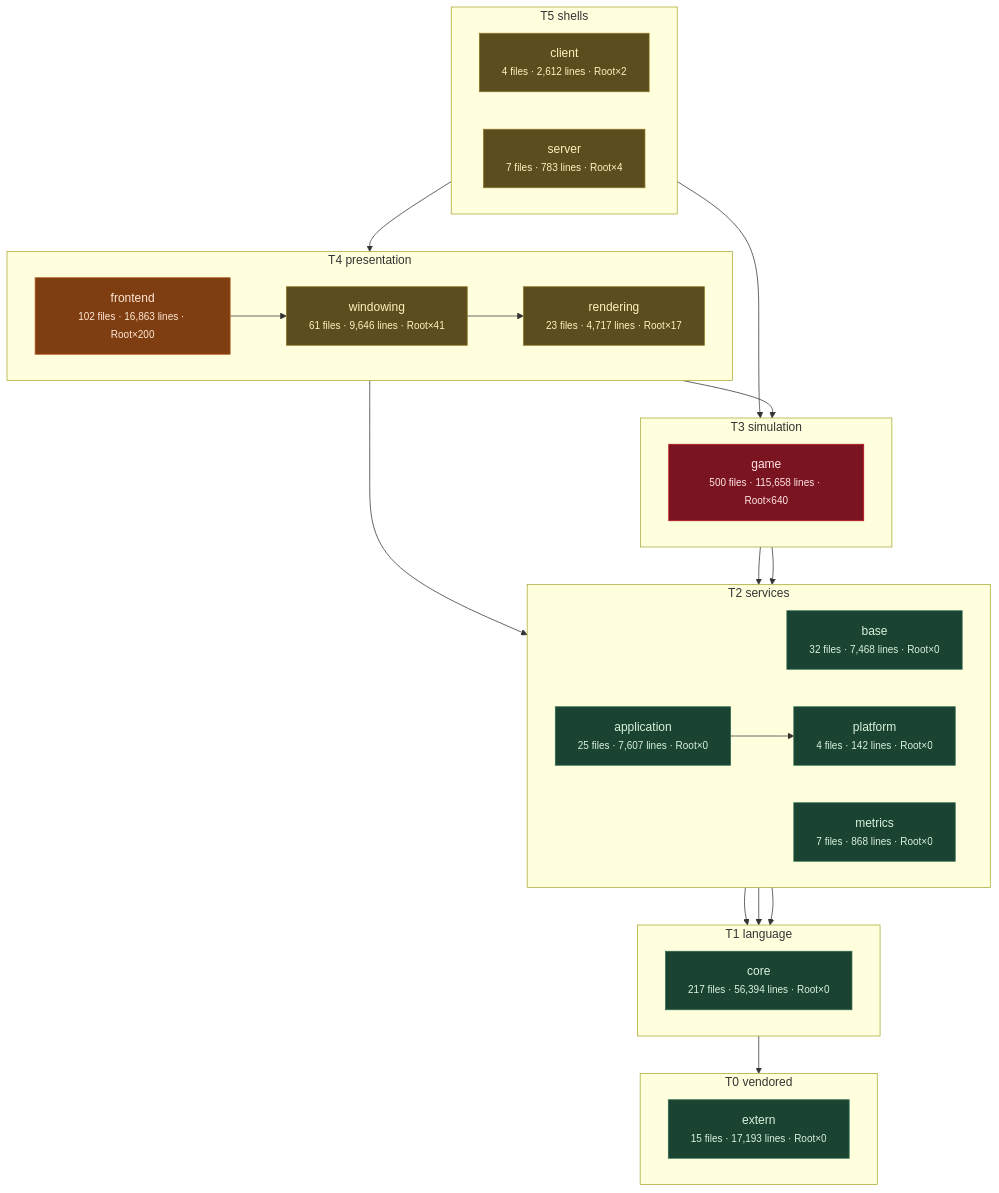
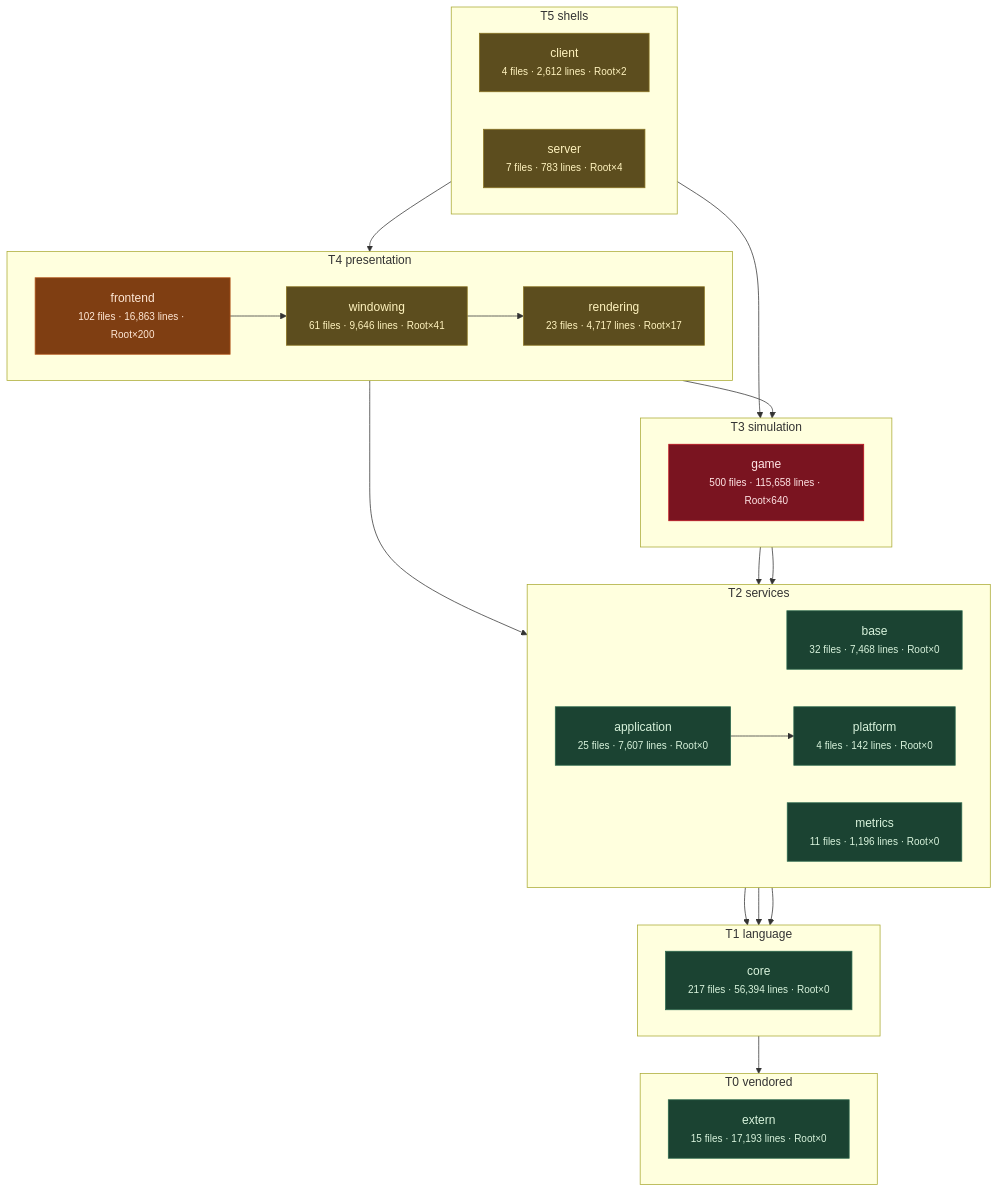
The third of 11 diagrams in docs/architecture/system-boundaries.md (apnex/OpenStarbound), drawn with Mermaid before and after one commit. The commit also changed other lines of this file and 10 other files, not shown here.

````diff
--- a/docs/architecture/system-boundaries.md
+++ b/docs/architecture/system-boundaries.md
@@ -271,54 +271,54 @@
 ```mermaid
 flowchart TD
   subgraph T0["T0 vendored"]
     direction LR
     extern["extern<br/><small>15 files · 17,193 lines · Root×0</small>"]
   end
   subgraph T1["T1 language"]
     direction LR
     core["core<br/><small>217 files · 56,394 lines · Root×0</small>"]
   end
   subgraph T2["T2 services"]
     direction LR
     base["base<br/><small>32 files · 7,468 lines · Root×0</small>"]
-    metrics["metrics<br/><small>7 files · 868 lines · Root×0</small>"]
+    metrics["metrics<br/><small>11 files · 1,196 lines · Root×0</small>"]
     platform["platform<br/><small>4 files · 142 lines · Root×0</small>"]
     application["application<br/><small>25 files · 7,607 lines · Root×0</small>"]
   end
   subgraph T3["T3 simulation"]
     direction LR
     game["game<br/><small>500 files · 115,658 lines · Root×640</small>"]
   end
   subgraph T4["T4 presentation"]
     direction LR
     rendering["rendering<br/><small>23 files · 4,717 lines · Root×17</small>"]
     windowing["windowing<br/><small>61 files · 9,646 lines · Root×41</small>"]
     frontend["frontend<br/><small>102 files · 16,863 lines · Root×200</small>"]
   end
   subgraph T5["T5 shells"]
     direction LR
     client["client<br/><small>4 files · 2,612 lines · Root×2</small>"]
     server["server<br/><small>7 files · 783 lines · Root×4</small>"]
   end
   core --> extern
   base --> core
   metrics --> core
   platform --> core
   application --> platform
   game --> base
   game --> platform
   rendering --> application
   rendering --> game
   windowing --> rendering
   frontend --> windowing
   client --> frontend
   server --> game
   classDef clean fill:#1b4332,stroke:#2d6a4f,color:#d8f3dc
   classDef warm  fill:#5c4d1e,stroke:#8a7420,color:#fff3bf
   classDef hot   fill:#7f3e12,stroke:#b5561b,color:#ffe8d6
   classDef blaze fill:#7a1420,stroke:#c1121f,color:#ffe5e5
   class extern,core,base,metrics,platform,application clean
   class rendering,windowing,client,server warm
   class frontend hot
   class game blaze
 ```
````
